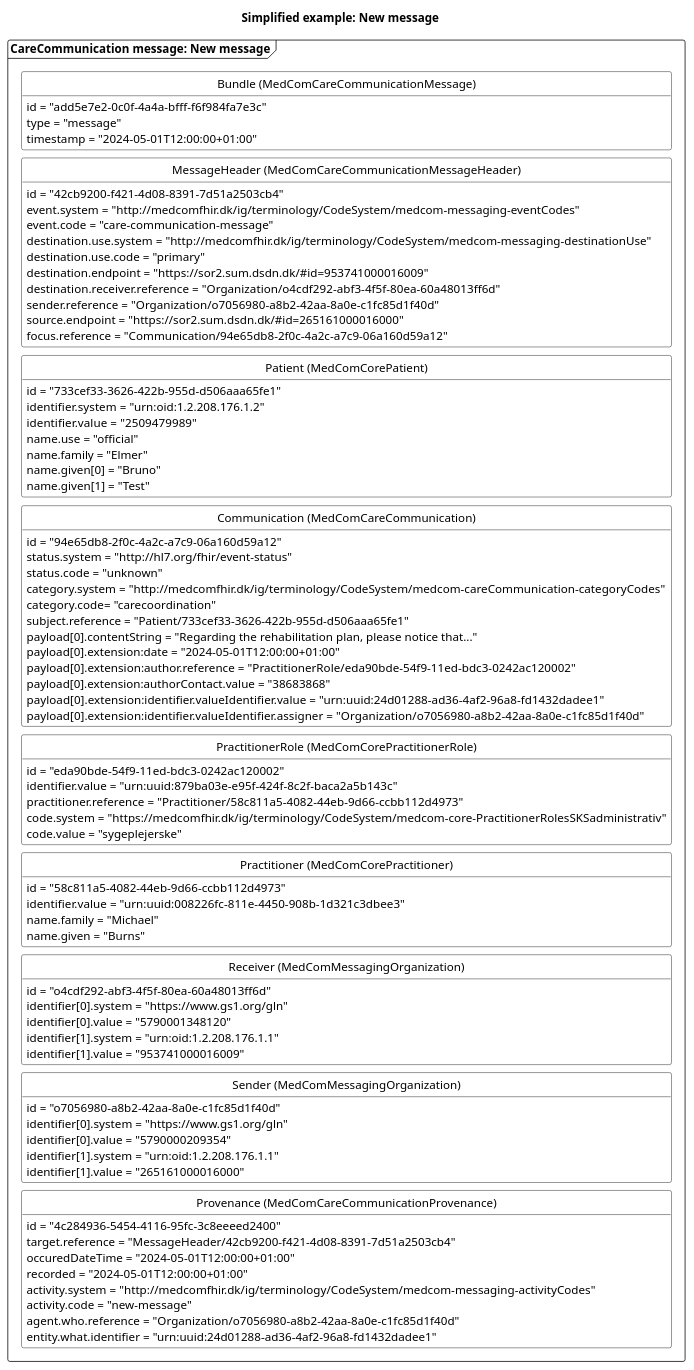
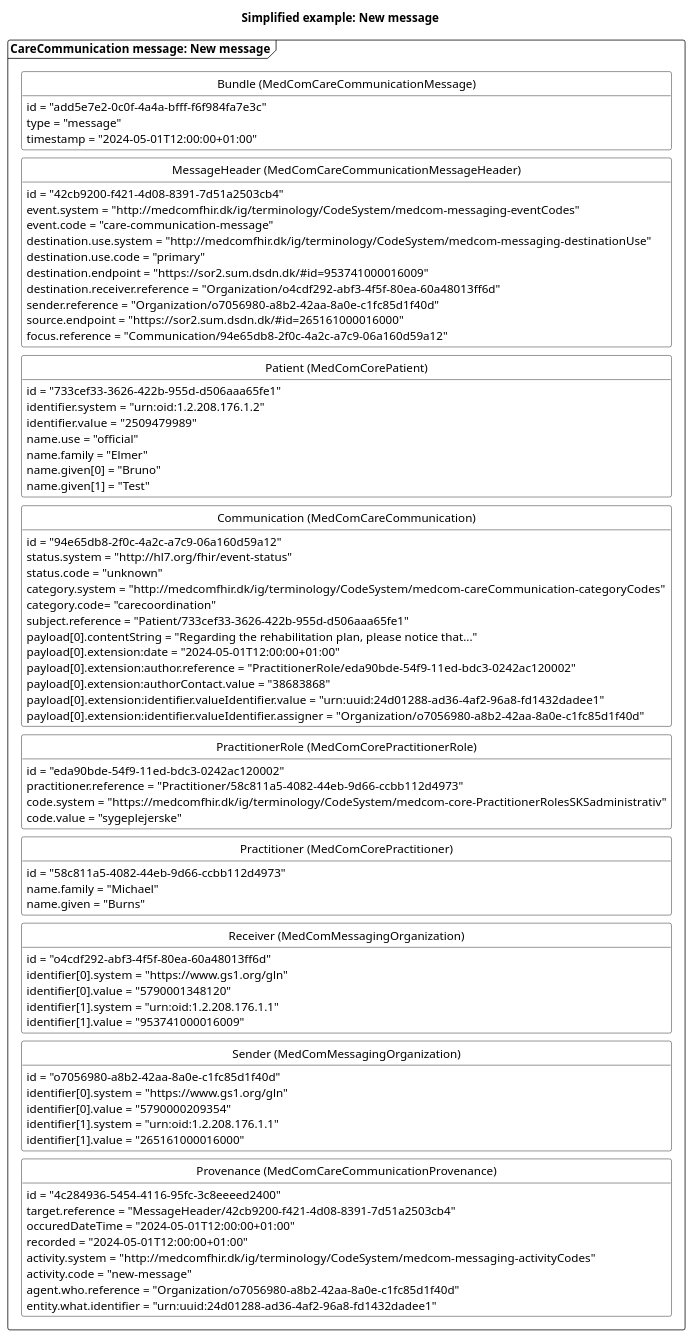
Before and after one commit to medcomdk/dk-medcom-carecommunication: the diagram in puml/CareCommunicationNewMessage.puml, drawn with PlantUML. The commit also changed 7 other files, not shown here.

```diff
--- a/puml/CareCommunicationNewMessage.puml
+++ b/puml/CareCommunicationNewMessage.puml
@@ -1,108 +1,106 @@
 @startuml CCNewMessage
 
 'layout
 skinparam class {
     BackgroundColor White
     BorderColor Black
     ArrowColor Black
   }
 hide circle
 hide empty members
 skinparam SameClassWidth true
 skinparam Ranksep 10
 
 
 'title
 title Simplified example: New message
 
 'Message 1: New message
 package "CareCommunication message: New message" as new <<Frame>>{
     class "Bundle (MedComCareCommunicationMessage)" as newB {
         id = "add5e7e2-0c0f-4a4a-bfff-f6f984fa7e3c"
         type = "message"
         timestamp = "2024-05-01T12:00:00+01:00"
     }
     class "MessageHeader (MedComCareCommunicationMessageHeader)" as newMH{
         id = "42cb9200-f421-4d08-8391-7d51a2503cb4"
         event.system = "http://medcomfhir.dk/ig/terminology/CodeSystem/medcom-messaging-eventCodes"
         event.code = "care-communication-message"
         destination.use.system = "http://medcomfhir.dk/ig/terminology/CodeSystem/medcom-messaging-destinationUse"
         destination.use.code = "primary"
         destination.endpoint = "https://sor2.sum.dsdn.dk/#id=953741000016009"
         destination.receiver.reference = "Organization/o4cdf292-abf3-4f5f-80ea-60a48013ff6d"
         sender.reference = "Organization/o7056980-a8b2-42aa-8a0e-c1fc85d1f40d"
         source.endpoint = "https://sor2.sum.dsdn.dk/#id=265161000016000"
         focus.reference = "Communication/94e65db8-2f0c-4a2c-a7c9-06a160d59a12"
     }
     class "Patient (MedComCorePatient)" as newPT{
         id = "733cef33-3626-422b-955d-d506aaa65fe1"
         identifier.system = "urn:oid:1.2.208.176.1.2"
         identifier.value = "2509479989"
         name.use = "official"
         name.family = "Elmer"
         name.given[0] = "Bruno"
         name.given[1] = "Test"
     }
     class "Communication (MedComCareCommunication)" as newCom{
         id = "94e65db8-2f0c-4a2c-a7c9-06a160d59a12"
         status.system = "http://hl7.org/fhir/event-status" 
         status.code = "unknown"
         category.system = "http://medcomfhir.dk/ig/terminology/CodeSystem/medcom-careCommunication-categoryCodes"
         category.code= "carecoordination"
         subject.reference = "Patient/733cef33-3626-422b-955d-d506aaa65fe1"
         payload[0].contentString = "Regarding the rehabilitation plan, please notice that..."
         payload[0].extension:date = "2024-05-01T12:00:00+01:00"
         payload[0].extension:author.reference = "PractitionerRole/eda90bde-54f9-11ed-bdc3-0242ac120002"
         payload[0].extension:authorContact.value = "38683868"
         payload[0].extension:identifier.valueIdentifier.value = "urn:uuid:24d01288-ad36-4af2-96a8-fd1432dadee1"
         payload[0].extension:identifier.valueIdentifier.assigner = "Organization/o7056980-a8b2-42aa-8a0e-c1fc85d1f40d"
     }
     class "PractitionerRole (MedComCorePractitionerRole)" as newPracR{
         id = "eda90bde-54f9-11ed-bdc3-0242ac120002"
-        identifier.value = "urn:uuid:879ba03e-e95f-424f-8c2f-baca2a5b143c" 
         practitioner.reference = "Practitioner/58c811a5-4082-44eb-9d66-ccbb112d4973"
         code.system = "https://medcomfhir.dk/ig/terminology/CodeSystem/medcom-core-PractitionerRolesSKSadministrativ"
         code.value = "sygeplejerske"
     }
     class "Practitioner (MedComCorePractitioner)" as newPrac{
         id = "58c811a5-4082-44eb-9d66-ccbb112d4973"
-        identifier.value = "urn:uuid:008226fc-811e-4450-908b-1d321c3dbee3"
         name.family = "Michael"
         name.given = "Burns"
     }
     class "Receiver (MedComMessagingOrganization)" as newROrg{
         id = "o4cdf292-abf3-4f5f-80ea-60a48013ff6d"
         identifier[0].system = "https://www.gs1.org/gln"
         identifier[0].value = "5790001348120"
         identifier[1].system = "urn:oid:1.2.208.176.1.1"
         identifier[1].value = "953741000016009"
     }
     class "Sender (MedComMessagingOrganization)" as newSOrg{
         id = "o7056980-a8b2-42aa-8a0e-c1fc85d1f40d"
         identifier[0].system = "https://www.gs1.org/gln"
         identifier[0].value = "5790000209354"
         identifier[1].system = "urn:oid:1.2.208.176.1.1"
         identifier[1].value = "265161000016000"
     }
     class "Provenance (MedComCareCommunicationProvenance)" as newPRO{
         id = "4c284936-5454-4116-95fc-3c8eeeed2400"
         target.reference = "MessageHeader/42cb9200-f421-4d08-8391-7d51a2503cb4"
         occuredDateTime = "2024-05-01T12:00:00+01:00"
         recorded = "2024-05-01T12:00:00+01:00"
         activity.system = "http://medcomfhir.dk/ig/terminology/CodeSystem/medcom-messaging-activityCodes"
         activity.code = "new-message"
         agent.who.reference = "Organization/o7056980-a8b2-42aa-8a0e-c1fc85d1f40d"
         entity.what.identifier = "urn:uuid:24d01288-ad36-4af2-96a8-fd1432dadee1"
     }
 
 newB -[hidden]- newMH
 newMH -[hidden]-newPT
 newPT-[hidden]-newCom
 newCom -[hidden]-newPracR
 newPracR-[hidden]-newPrac
 newPrac-[hidden]-newROrg
 newROrg-[hidden]- newSOrg
 newSOrg-[hidden]-newPRO
 
 
 @enduml
```
